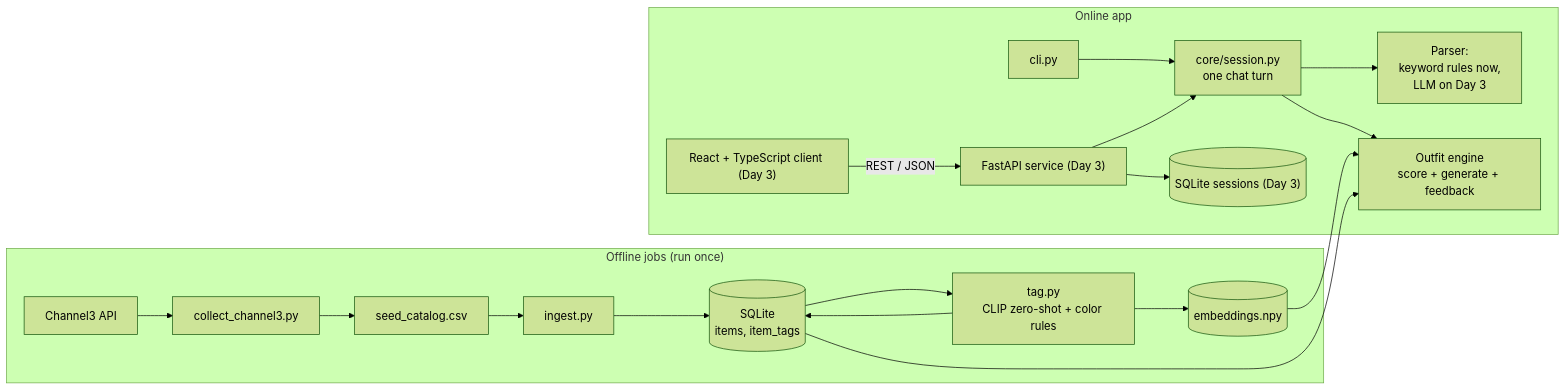
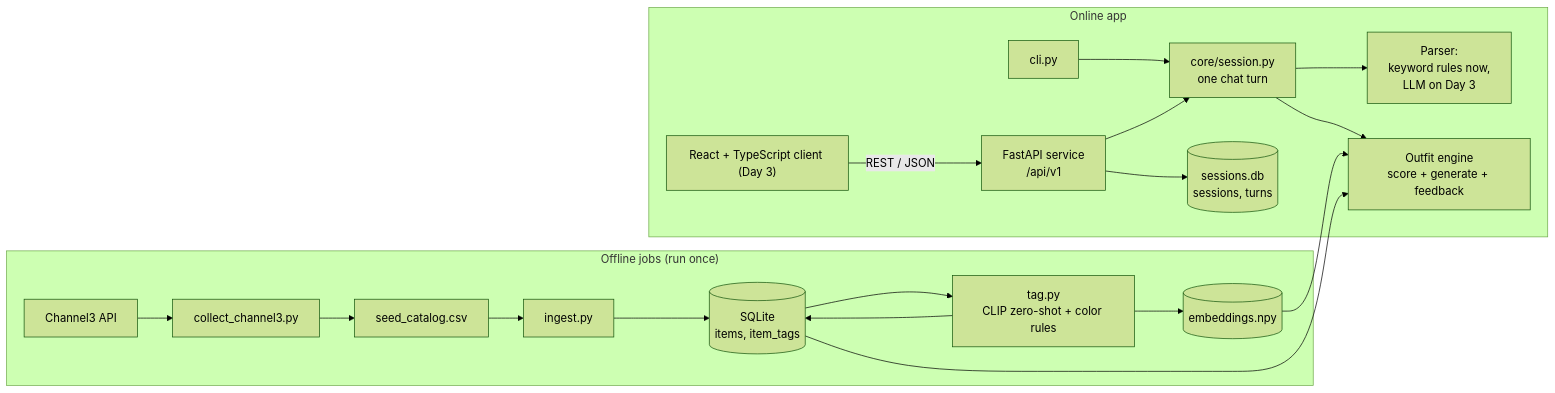
The diagram in docs/TECH_SPEC.md (pateljiyab/AritziasVeryOwn), drawn with Mermaid (forest theme) before and after one commit. The commit also changed other lines of this file and 9 other files, not shown here.

First line of the commit message:
feat(api): add FastAPI service with session persistence

````diff
--- a/docs/TECH_SPEC.md
+++ b/docs/TECH_SPEC.md
@@ -16,21 +16,21 @@
 ```mermaid
 flowchart LR
     subgraph Offline["Offline jobs (run once)"]
         C3[Channel3 API] --> COL[collect_channel3.py] --> CSV[seed_catalog.csv]
         CSV --> ING[ingest.py] --> B[(SQLite<br/>items, item_tags)]
         B --> T[tag.py<br/>CLIP zero-shot + color rules]
         T --> B
         T --> E[(embeddings.npy)]
     end
 
     subgraph Online["Online app"]
         CLI[cli.py] --> TURN
-        W["React + TypeScript client (Day 3)"] -->|REST / JSON| API["FastAPI service (Day 3)"]
+        W["React + TypeScript client (Day 3)"] -->|REST / JSON| API["FastAPI service<br/>/api/v1"]
         API --> TURN[core/session.py<br/>one chat turn]
         TURN --> P[Parser:<br/>keyword rules now,<br/>LLM on Day 3]
         TURN --> G[Outfit engine<br/>score + generate + feedback]
         E --> G
         B --> G
-        API --> S[("SQLite sessions (Day 3)")]
+        API --> S[(sessions.db<br/>sessions, turns)]
     end
 ```
````
